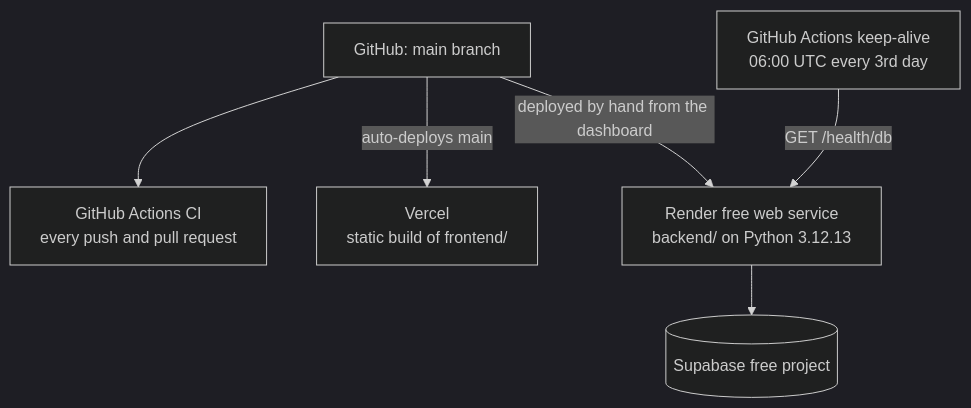
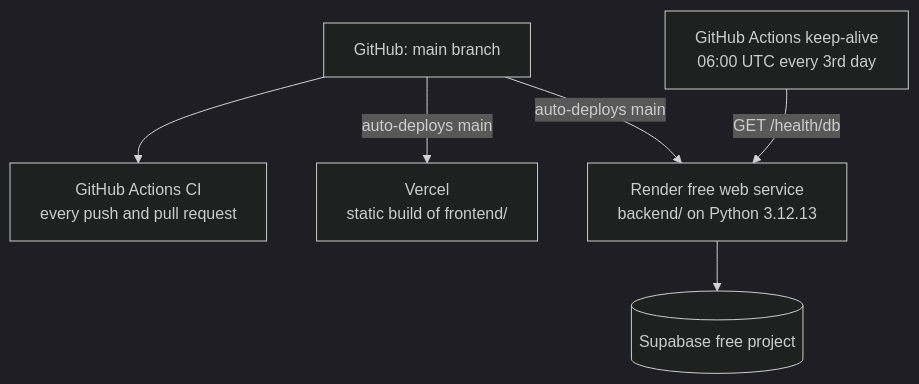
The fifth of 5 diagrams in docs/ARCHITECTURE.md (siddhant-17-codes/VisionaryX-2.0), drawn with Mermaid (dark theme) before and after one commit. The commit also changed 5 other files, not shown here.

````diff
--- a/docs/ARCHITECTURE.md
+++ b/docs/ARCHITECTURE.md
@@ -146,15 +146,15 @@
 ```mermaid
 flowchart TB
     GH["GitHub: main branch"]
     CI["GitHub Actions CI<br/>every push and pull request"]
     KA["GitHub Actions keep-alive<br/>06:00 UTC every 3rd day"]
     V["Vercel<br/>static build of frontend/"]
     R["Render free web service<br/>backend/ on Python 3.12.13"]
     S[("Supabase free project")]
 
     GH --> CI
     GH -->|"auto-deploys main"| V
-    GH -->|"deployed by hand from the dashboard"| R
+    GH -->|"auto-deploys main"| R
     KA -->|"GET /health/db"| R
     R --> S
 ```
````
